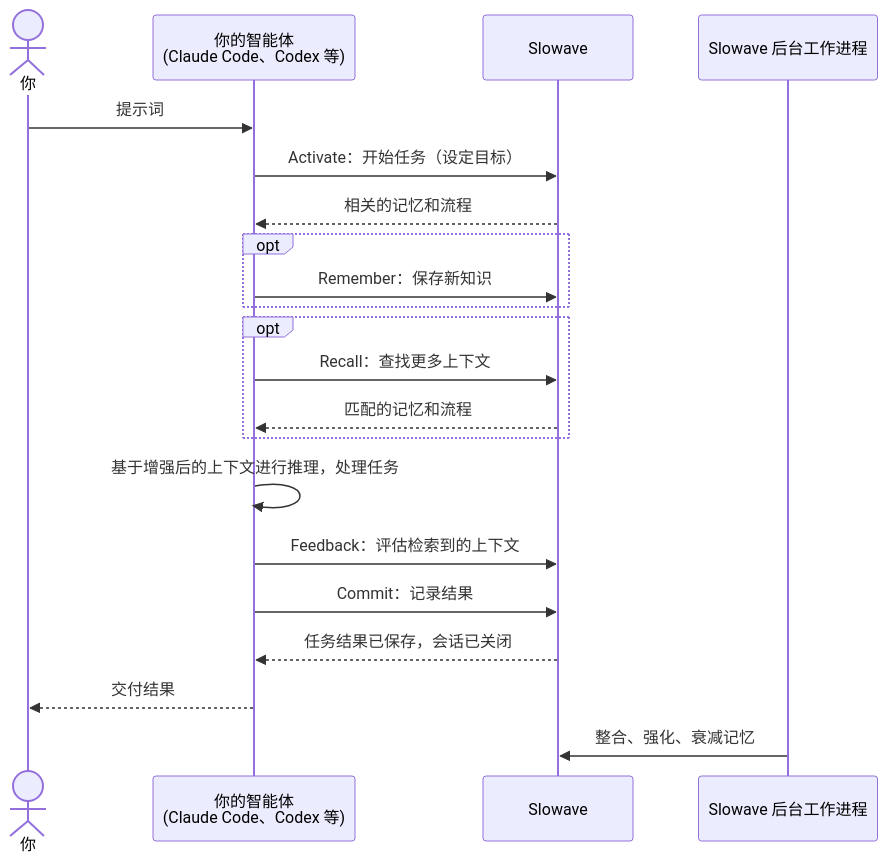
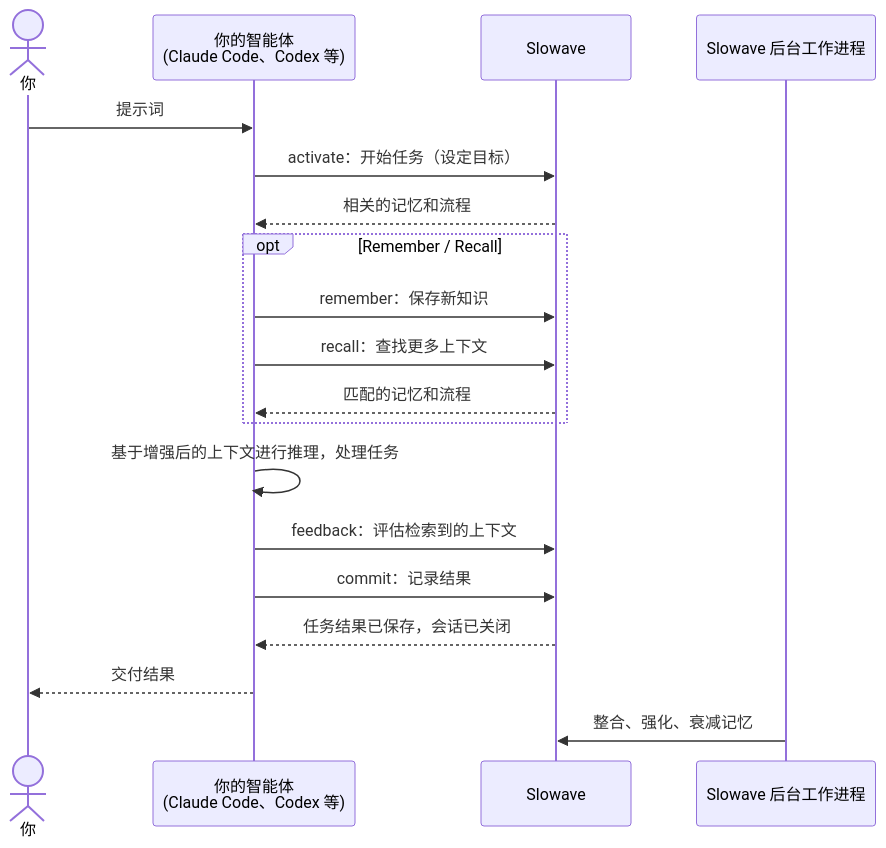
The second of 3 diagrams in README.zh-CN.md (slowave-ai/slowave), drawn with Mermaid before and after one commit. The commit also changed other lines of this file, not shown here.

````diff
--- a/README.zh-CN.md
+++ b/README.zh-CN.md
@@ -107,28 +126,25 @@
 ```mermaid
 sequenceDiagram
     actor User as 你
     participant Agent as 你的智能体<br/>(Claude Code、Codex 等)
     participant Slowave
     participant Worker as Slowave 后台工作进程
 
     User->>Agent: 提示词
-    Agent->>Slowave: Activate：开始任务（设定目标）
+    Agent->>Slowave: activate：开始任务（设定目标）
     Slowave-->>Agent: 相关的记忆和流程
 
-    opt 
-        Agent->>Slowave: Remember：保存新知识
-    end
-
-    opt 
-        Agent->>Slowave: Recall：查找更多上下文
+    opt Remember / Recall
+        Agent->>Slowave: remember：保存新知识
+        Agent->>Slowave: recall：查找更多上下文
         Slowave-->>Agent: 匹配的记忆和流程
     end
 
     Agent->>Agent: 基于增强后的上下文进行推理，处理任务
-    Agent->>Slowave: Feedback：评估检索到的上下文
-    Agent->>Slowave: Commit：记录结果
+    Agent->>Slowave: feedback：评估检索到的上下文
+    Agent->>Slowave: commit：记录结果
     Slowave-->>Agent: 任务结果已保存，会话已关闭
     Agent-->>User: 交付结果
 
     Worker->>Slowave: 整合、强化、衰减记忆
 ```
````
